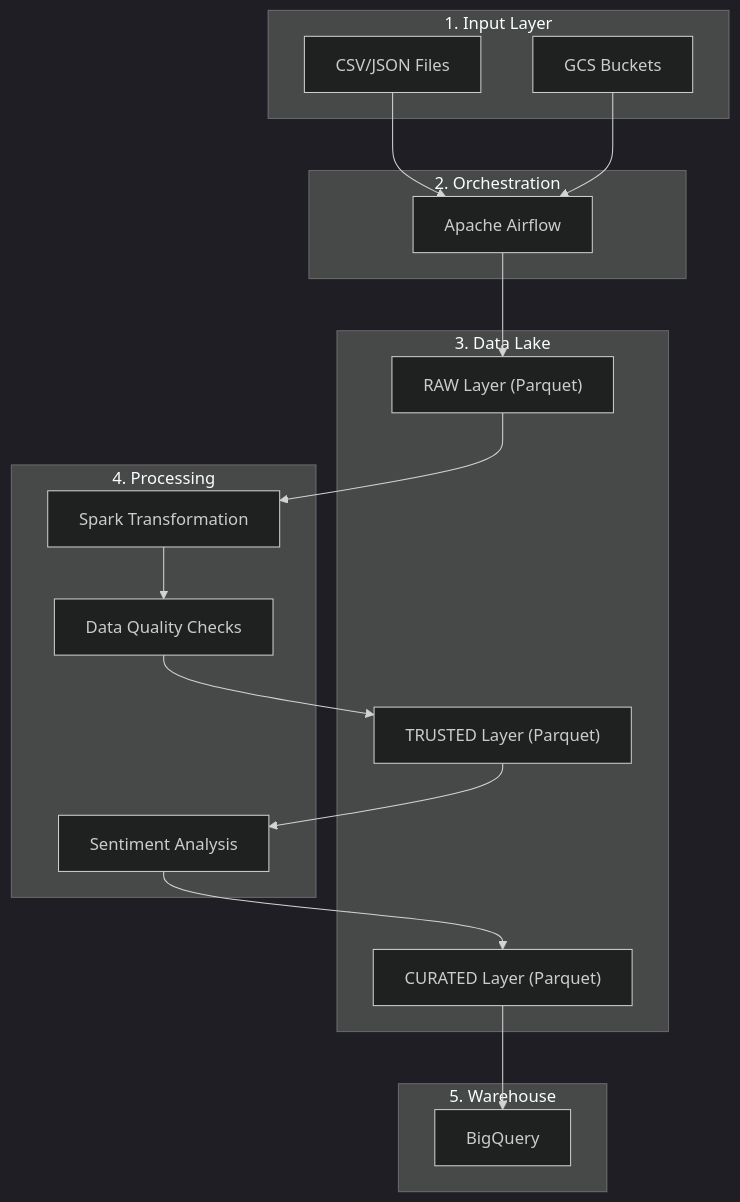
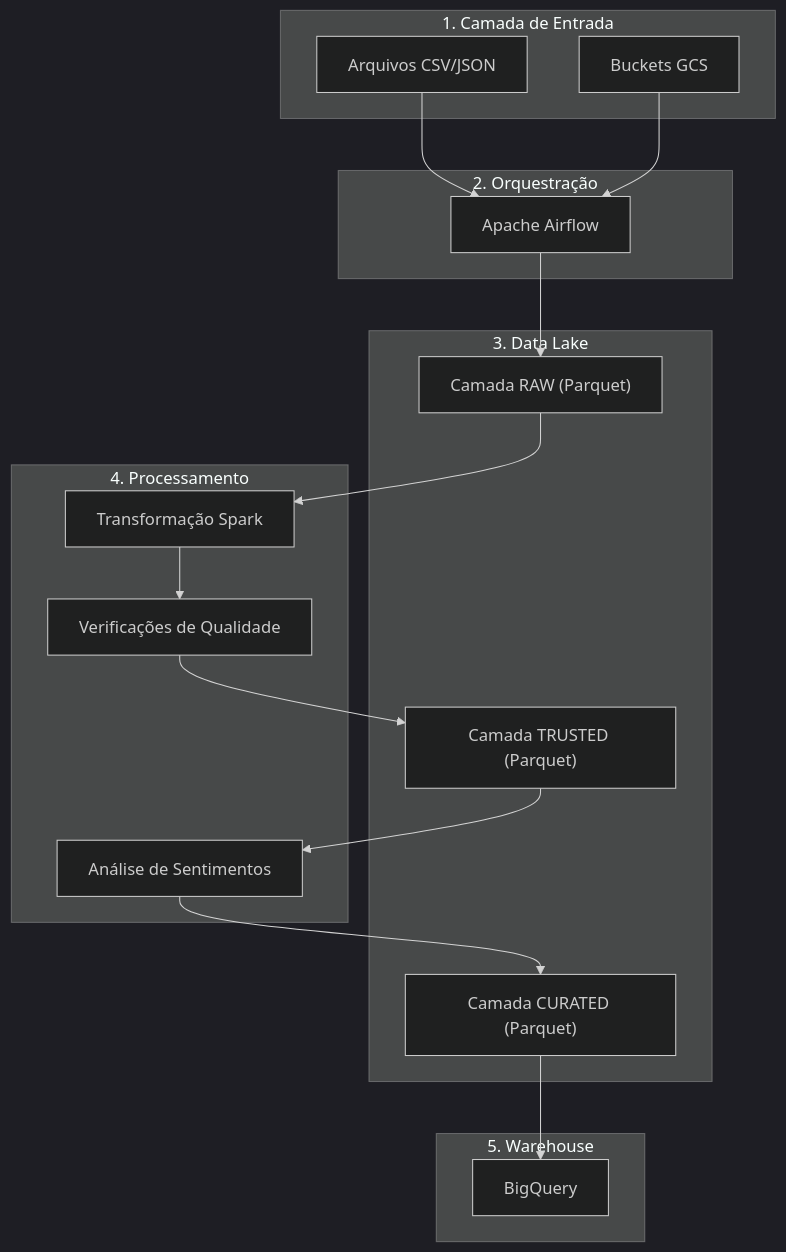
One commit to cesaraugustobr2014-oss/GCP_Airflow_project changed the diagram in docs/architecture.md. Above: the diagram before and after it, drawn with Mermaid (dark theme). The commit also changed other lines of this file, not shown here.

````diff
--- a/docs/architecture.md
+++ b/docs/architecture.md
@@ -122,37 +122,37 @@
 ```mermaid
 flowchart TB
-    subgraph "1. Input Layer"
-        CSV["CSV/JSON Files"]
-        GCS["GCS Buckets"]
+    subgraph "1. Camada de Entrada"
+        CSV["Arquivos CSV/JSON"]
+        GCS["Buckets GCS"]
     end
 
-    subgraph "2. Orchestration"
+    subgraph "2. Orquestração"
         AF["Apache Airflow"]
     end
 
     subgraph "3. Data Lake"
-        RAW["RAW Layer (Parquet)"]
-        TRUSTED["TRUSTED Layer (Parquet)"]
-        CURATED["CURATED Layer (Parquet)"]
+        RAW["Camada RAW (Parquet)"]
+        TRUSTED["Camada TRUSTED (Parquet)"]
+        CURATED["Camada CURATED (Parquet)"]
     end
 
-    subgraph "4. Processing"
-        SPK["Spark Transformation"]
-        DQ["Data Quality Checks"]
-        SA["Sentiment Analysis"]
+    subgraph "4. Processamento"
+        SPK["Transformação Spark"]
+        DQ["Verificações de Qualidade"]
+        SA["Análise de Sentimentos"]
     end
 
     subgraph "5. Warehouse"
         BQ["BigQuery"]
     end
 
     CSV --> AF
     GCS --> AF
     AF --> RAW
     RAW --> SPK
     SPK --> DQ
     DQ --> TRUSTED
     TRUSTED --> SA
     SA --> CURATED
     CURATED --> BQ
 ```
````
